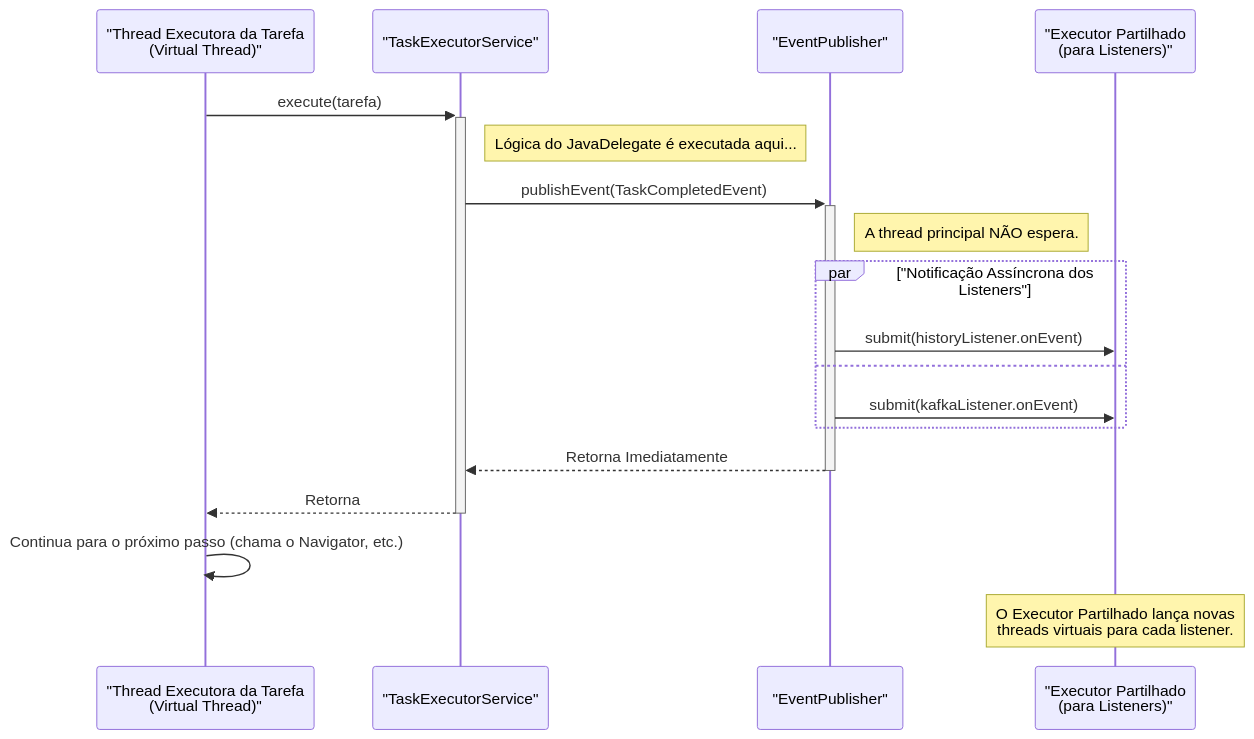
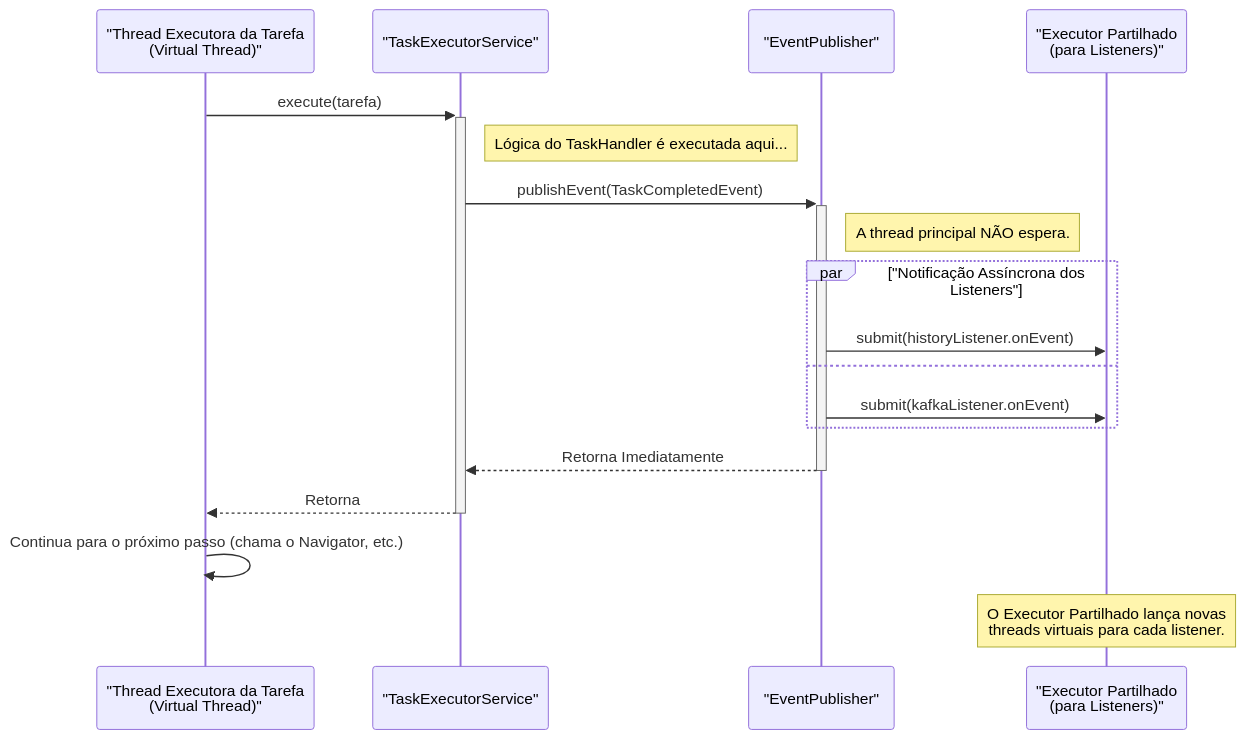
Before and after one commit to atoxfy/kikwiflow: the diagram in docs/simple-events.mmd, drawn with Mermaid. The commit also changed 81 other files, not shown here.

```diff
--- a/docs/simple-events.mmd
+++ b/docs/simple-events.mmd
@@ -1,24 +1,24 @@
 sequenceDiagram
     participant VThread_A as "Thread Executora da Tarefa<br>(Virtual Thread)"
     participant TaskExecutorService as "TaskExecutorService"
     participant EventPublisher as "EventPublisher"
     participant SharedExecutor as "Executor Partilhado<br>(para Listeners)"
 
     VThread_A ->>+ TaskExecutorService: execute(tarefa)
-    Note right of TaskExecutorService: Lógica do JavaDelegate é executada aqui...
+    Note right of TaskExecutorService: Lógica do TaskHandler é executada aqui...
     TaskExecutorService ->>+ EventPublisher: publishEvent(TaskCompletedEvent)
 
     Note right of EventPublisher: A thread principal NÃO espera.
 
     par "Notificação Assíncrona dos Listeners"
         EventPublisher ->> SharedExecutor: submit(historyListener.onEvent)
     and
         EventPublisher ->> SharedExecutor: submit(kafkaListener.onEvent)
     end
 
     EventPublisher -->>- TaskExecutorService: Retorna Imediatamente
     TaskExecutorService -->>- VThread_A: Retorna
 
     VThread_A ->> VThread_A: Continua para o próximo passo (chama o Navigator, etc.)
 
     Note over SharedExecutor: O Executor Partilhado lança novas<br>threads virtuais para cada listener.
```
